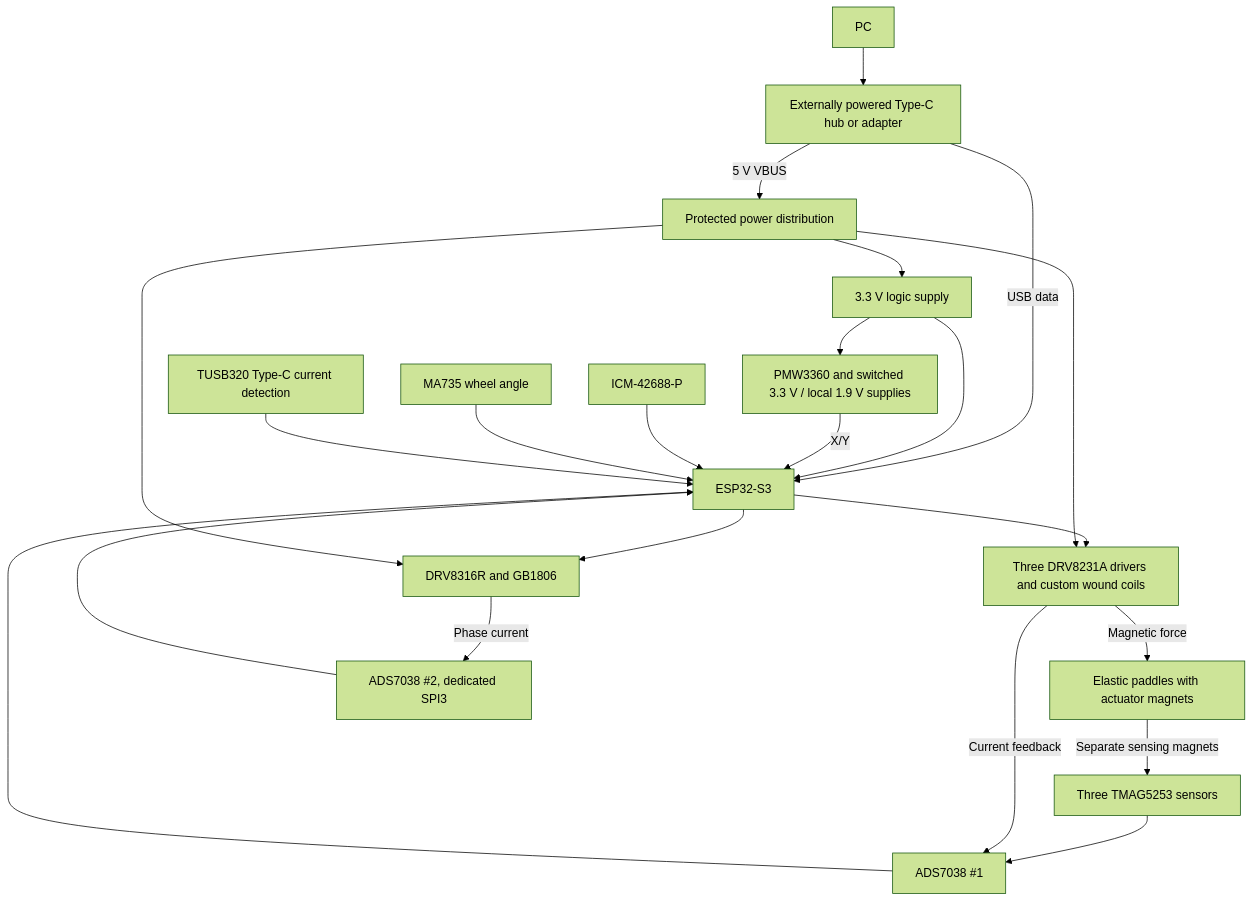
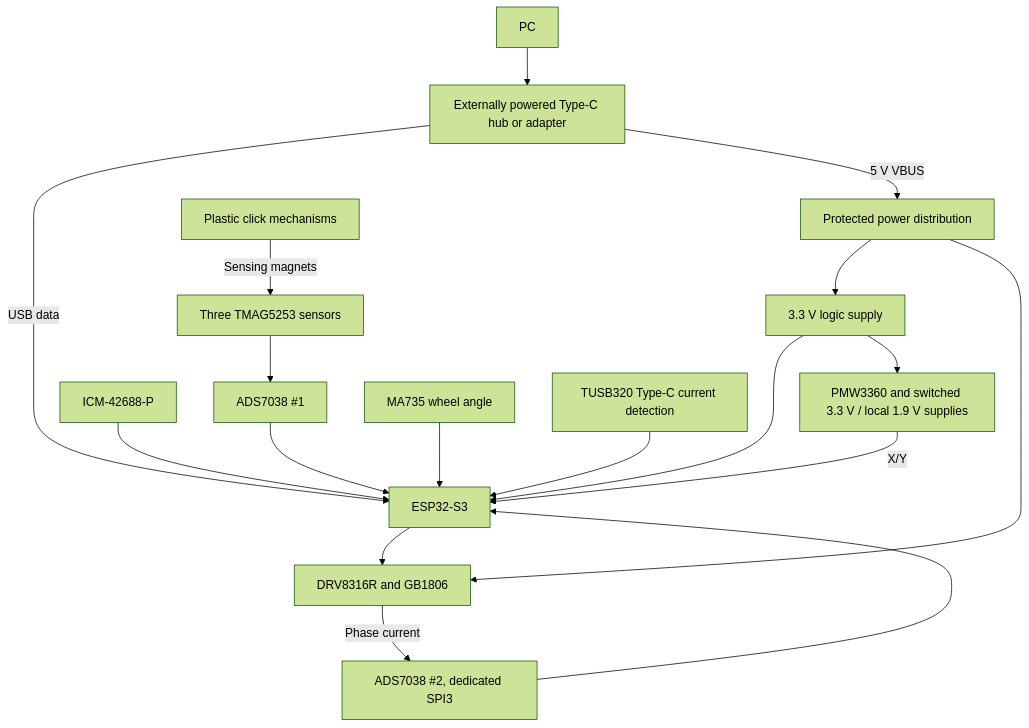
One commit to sbarisic/MagMouse changed the diagram in docs/architecture.md. Above: the diagram before and after it, drawn with Mermaid (forest theme). The commit also changed other lines of this file and 105 other files, not shown here.

First line of the commit message:
Develop compact two-layer stacked boards with passive Hall buttons

````diff
--- a/docs/architecture.md
+++ b/docs/architecture.md
@@ -21,24 +21,20 @@
 ```mermaid
 flowchart TD
     PC[PC] --> Hub[Externally powered Type-C hub or adapter]
     Hub -->|USB data| MCU[ESP32-S3]
     Hub -->|5 V VBUS| Power[Protected power distribution]
     Power --> Logic[3.3 V logic supply]
     Logic --> MCU
     Logic --> Optical[PMW3360 and switched 3.3 V / local 1.9 V supplies]
     Optical -->|X/Y| MCU
     IMU[ICM-42688-P] --> MCU
     Hall[Three TMAG5253 sensors] --> ADC[ADS7038 #1]
     ADC --> MCU
-    MCU --> Buttons[Three DRV8231A drivers and custom wound coils]
-    Buttons -->|Current feedback| ADC
-    Buttons -->|Magnetic force| Paddles[Elastic paddles with actuator magnets]
-    Paddles -->|Separate sensing magnets| Hall
+    Paddles[Plastic click mechanisms] -->|Sensing magnets| Hall
     MCU --> Wheel[DRV8316R and GB1806]
     Angle[MA735 wheel angle] --> MCU
     Wheel -->|Phase current| ADC2[ADS7038 #2, dedicated SPI3]
     ADC2 --> MCU
-    Power --> Buttons
     Power --> Wheel
     CC[TUSB320 Type-C current detection] --> MCU
 ```
````
